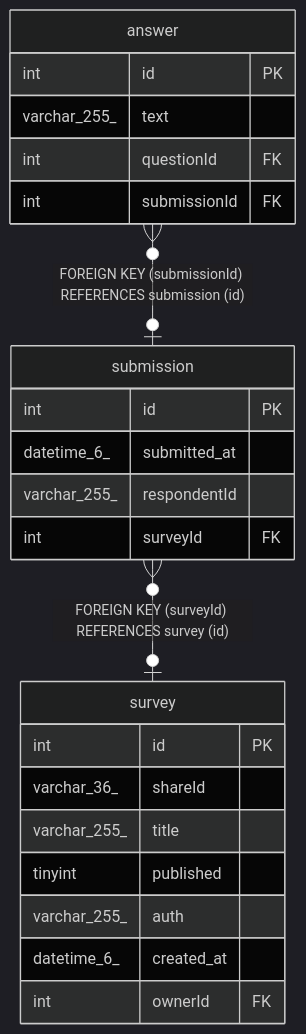
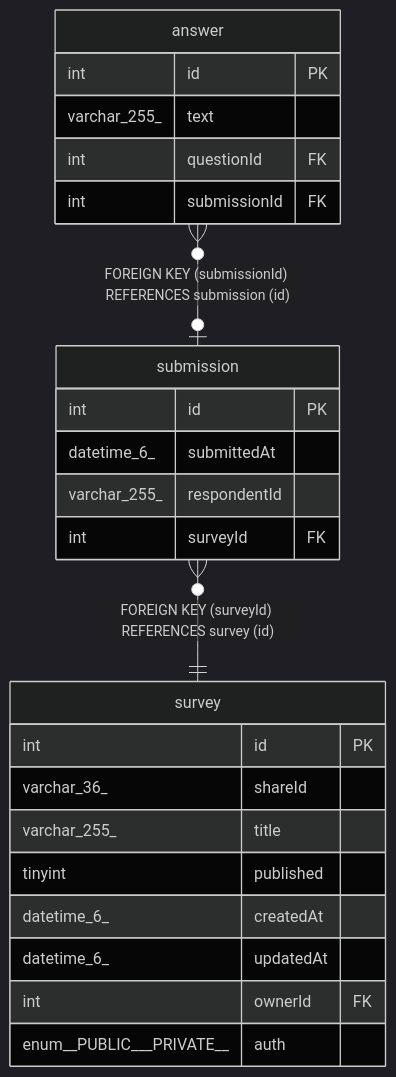
Before and after one commit to BepHblVI/First-nest: the diagram in docs/database/submission.md, drawn with Mermaid (dark theme). The commit also changed other lines of this file and 16 other files, not shown here.

````diff
--- a/docs/database/submission.md
+++ b/docs/database/submission.md
@@ -47,28 +47,29 @@
 ```mermaid
 erDiagram
 
 "answer" }o--o| "submission" : "FOREIGN KEY (submissionId) REFERENCES submission (id)"
-"submission" }o--o| "survey" : "FOREIGN KEY (surveyId) REFERENCES survey (id)"
+"submission" }o--|| "survey" : "FOREIGN KEY (surveyId) REFERENCES survey (id)"
 
 "submission" {
   int id PK
-  datetime_6_ submitted_at
+  datetime_6_ submittedAt
   varchar_255_ respondentId
   int surveyId FK
 }
 "answer" {
   int id PK
   varchar_255_ text
   int questionId FK
   int submissionId FK
 }
 "survey" {
   int id PK
   varchar_36_ shareId
   varchar_255_ title
   tinyint published
-  varchar_255_ auth
-  datetime_6_ created_at
+  datetime_6_ createdAt
+  datetime_6_ updatedAt
   int ownerId FK
+  enum__PUBLIC___PRIVATE__ auth
 }
 ```
````
